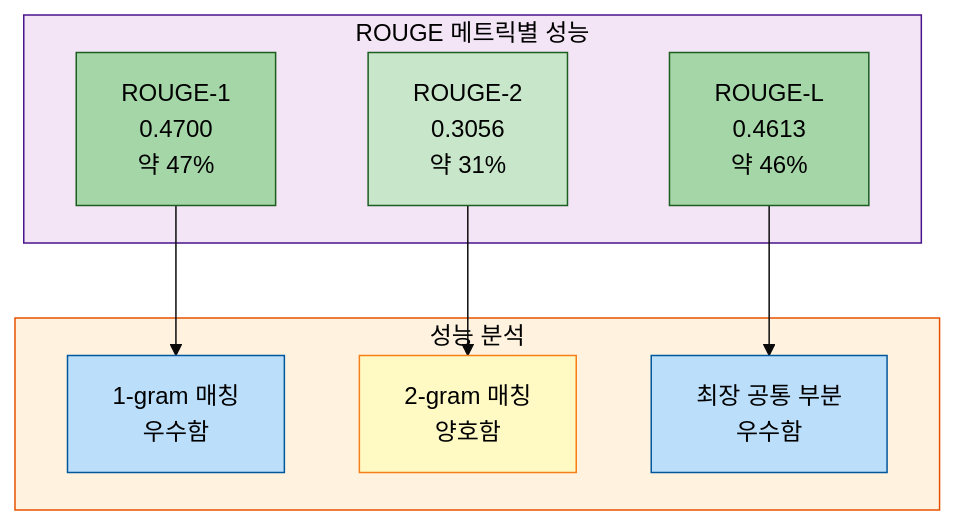
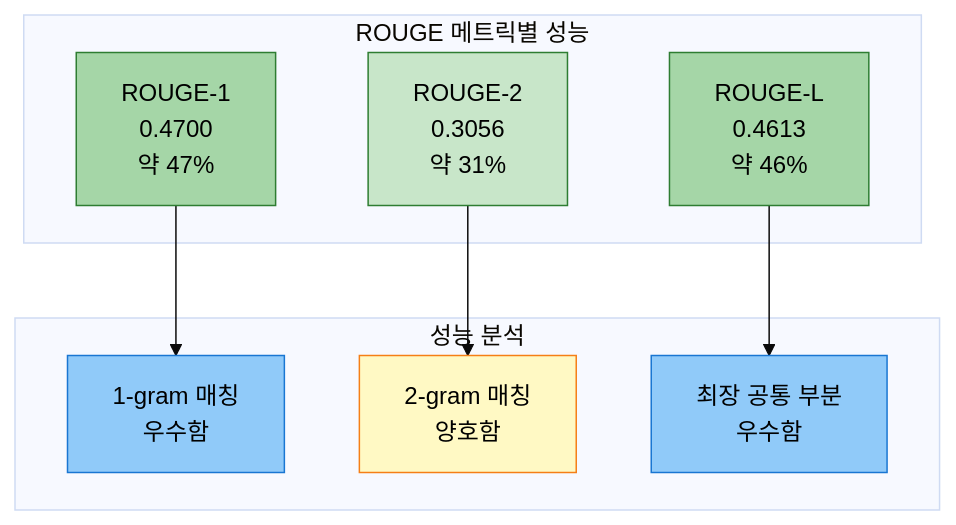
Before and after one commit to AIBootcamp14/naturallanguageprocessingcompetition-nlp-1: the tenth of 15 diagrams in docs/experiments/20251013_111525_strategy1_kobart_optimized_실험분석.md, drawn with Mermaid (base theme). The commit also changed other lines of this file, not shown here.

Commit message:
fix: 실험 분석 문서 mermaid 스타일 수정   - 모든 mermaid 다이어그램을 개별 노드 스타일 형식으로 변경   - subgraph 스타일 제거, 개별 노드별 색상 적용   - 20251012 문서 스타일 형식에 맞춰 통일   - experiments_style.md의 모든 예시 코드도 동일하게 수정

````diff
--- a/docs/experiments/20251013_111525_strategy1_kobart_optimized_실험분석.md
+++ b/docs/experiments/20251013_111525_strategy1_kobart_optimized_실험분석.md
@@ -555,27 +568,25 @@
 ```mermaid
 graph TB
     subgraph Metrics["ROUGE 메트릭별 성능"]
         R1[ROUGE-1<br/>0.4700<br/>약 47%]
         R2[ROUGE-2<br/>0.3056<br/>약 31%]
         RL[ROUGE-L<br/>0.4613<br/>약 46%]
     end
 
     subgraph Analysis["성능 분석"]
         A1[1-gram 매칭<br/>우수함]
         A2[2-gram 매칭<br/>양호함]
         A3[최장 공통 부분<br/>우수함]
     end
 
     R1 --> A1
     R2 --> A2
     RL --> A3
 
-    style R1 fill:#a5d6a7,stroke:#1b5e20,color:#000
-    style R2 fill:#c8e6c9,stroke:#1b5e20,color:#000
-    style RL fill:#a5d6a7,stroke:#1b5e20,color:#000
-    style A1 fill:#bbdefb,stroke:#01579b,color:#000
+    style R1 fill:#a5d6a7,stroke:#2e7d32,color:#000
+    style R2 fill:#c8e6c9,stroke:#2e7d32,color:#000
+    style RL fill:#a5d6a7,stroke:#2e7d32,color:#000
+    style A1 fill:#90caf9,stroke:#1976d2,color:#000
     style A2 fill:#fff9c4,stroke:#f57f17,color:#000
-    style A3 fill:#bbdefb,stroke:#01579b,color:#000
-    style Metrics fill:#f3e5f5,stroke:#4a148c,color:#000
-    style Analysis fill:#fff3e0,stroke:#e65100,color:#000
+    style A3 fill:#90caf9,stroke:#1976d2,color:#000
 ```
````
